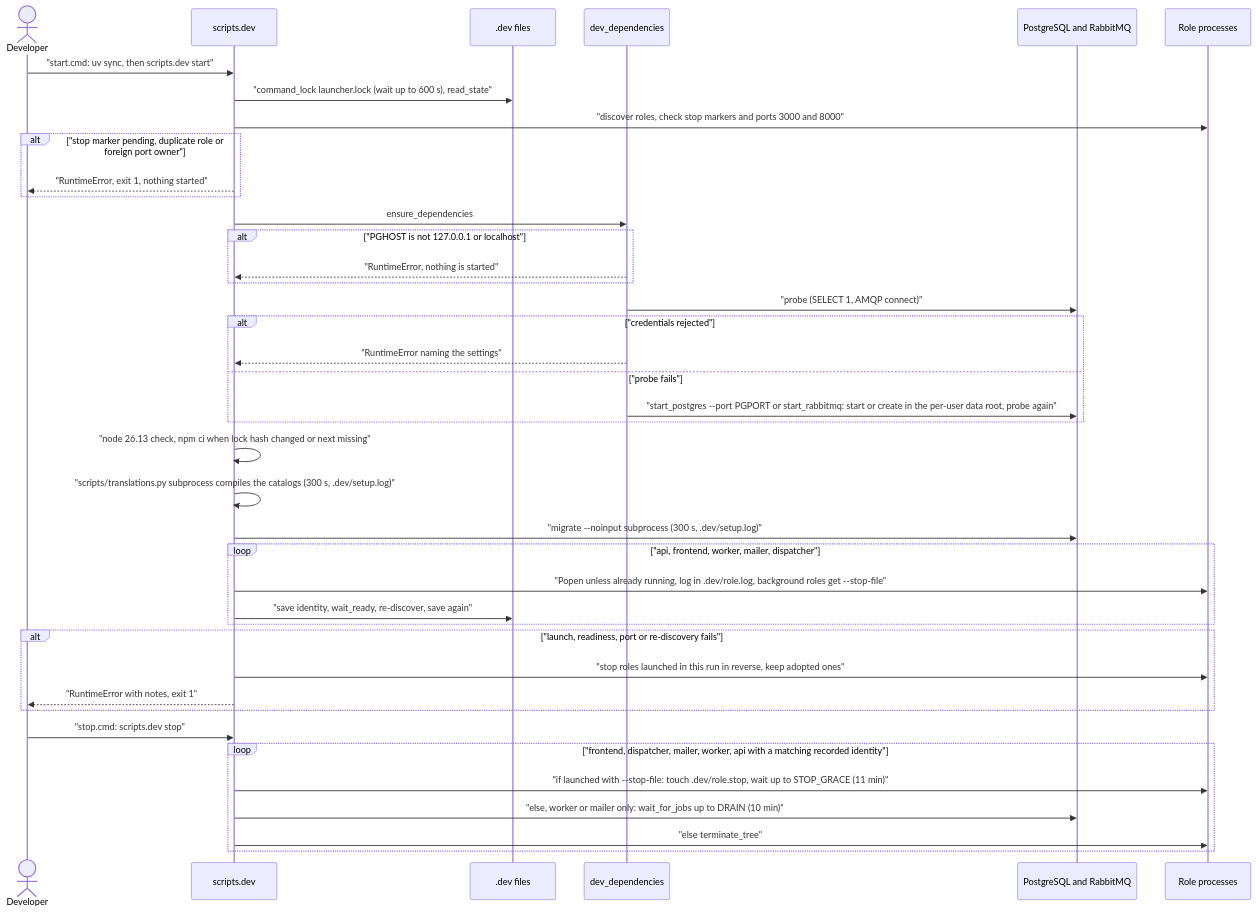
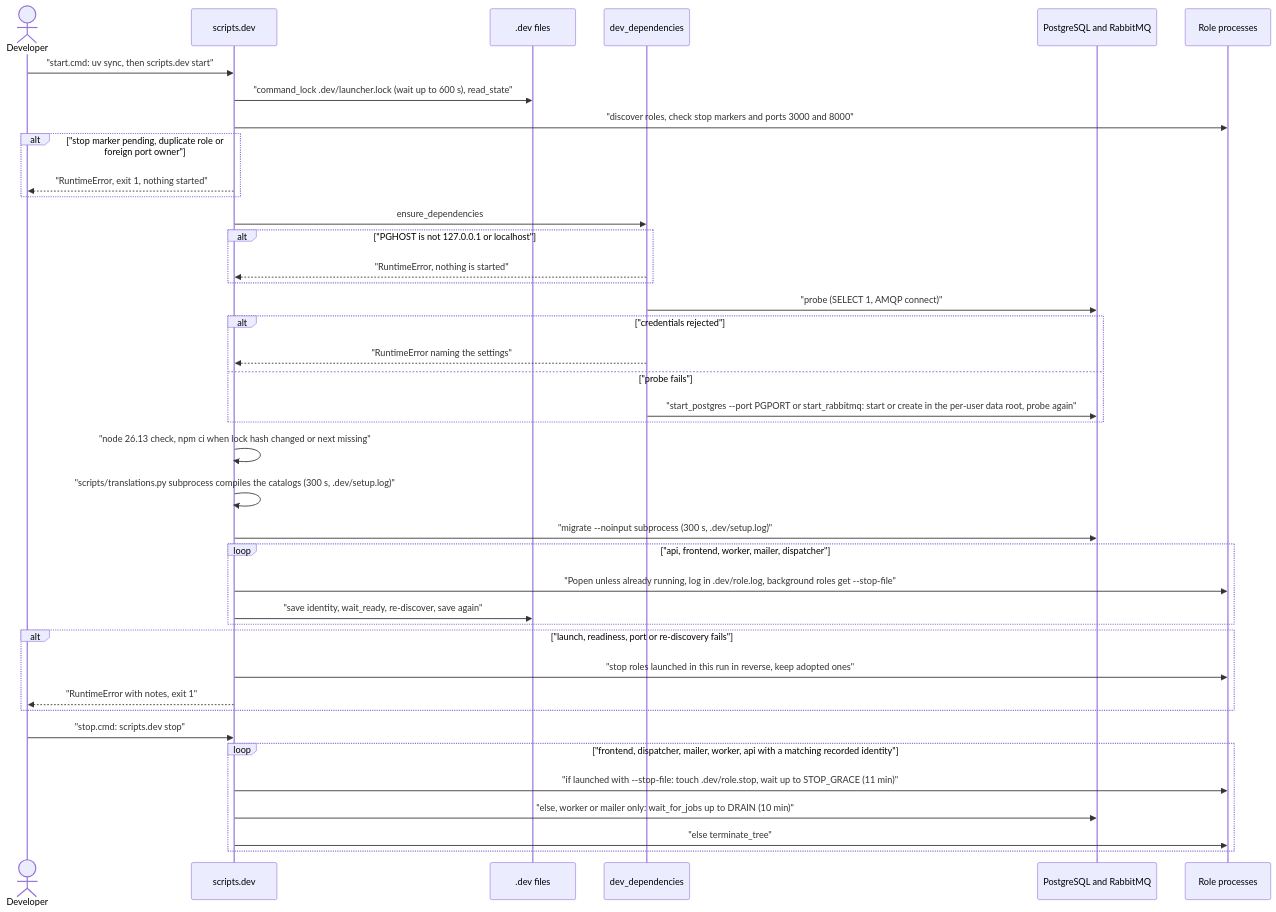
The diagram in docs/flows/local-dev-stack.md (erkurtharun/pyracast), drawn with Mermaid before and after one commit. The commit also changed other lines of this file and 67 other files, not shown here.

````diff
--- a/docs/flows/local-dev-stack.md
+++ b/docs/flows/local-dev-stack.md
@@ -13,42 +13,42 @@
 ```mermaid
 sequenceDiagram
     actor Dev as Developer
     participant L as scripts.dev
     participant F as .dev files
     participant D as dev_dependencies
     participant X as PostgreSQL and RabbitMQ
     participant R as Role processes
     Dev->>L: "start.cmd: uv sync, then scripts.dev start"
-    L->>F: "command_lock launcher.lock (wait up to 600 s), read_state"
+    L->>F: "command_lock .dev/launcher.lock (wait up to 600 s), read_state"
     L->>R: "discover roles, check stop markers and ports 3000 and 8000"
     alt "stop marker pending, duplicate role or foreign port owner"
         L-->>Dev: "RuntimeError, exit 1, nothing started"
     end
     L->>D: ensure_dependencies
     alt "PGHOST is not 127.0.0.1 or localhost"
         D-->>L: "RuntimeError, nothing is started"
     end
     D->>X: "probe (SELECT 1, AMQP connect)"
     alt "credentials rejected"
         D-->>L: "RuntimeError naming the settings"
     else "probe fails"
         D->>X: "start_postgres --port PGPORT or start_rabbitmq: start or create in the per-user data root, probe again"
     end
     L->>L: "node 26.13 check, npm ci when lock hash changed or next missing"
     L->>L: "scripts/translations.py subprocess compiles the catalogs (300 s, .dev/setup.log)"
     L->>X: "migrate --noinput subprocess (300 s, .dev/setup.log)"
     loop "api, frontend, worker, mailer, dispatcher"
         L->>R: "Popen unless already running, log in .dev/role.log, background roles get --stop-file"
         L->>F: "save identity, wait_ready, re-discover, save again"
     end
     alt "launch, readiness, port or re-discovery fails"
         L->>R: "stop roles launched in this run in reverse, keep adopted ones"
         L-->>Dev: "RuntimeError with notes, exit 1"
     end
     Dev->>L: "stop.cmd: scripts.dev stop"
     loop "frontend, dispatcher, mailer, worker, api with a matching recorded identity"
         L->>R: "if launched with --stop-file: touch .dev/role.stop, wait up to STOP_GRACE (11 min)"
         L->>X: "else, worker or mailer only: wait_for_jobs up to DRAIN (10 min)"
         L->>R: "else terminate_tree"
     end
 ```
````
